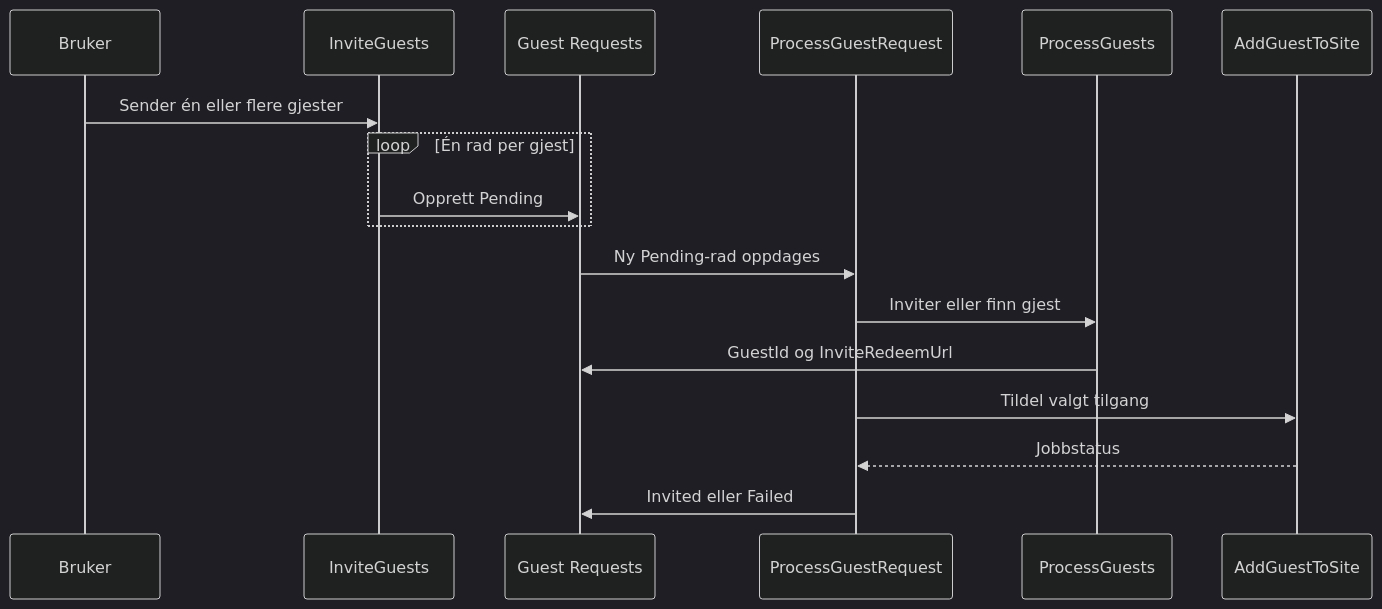
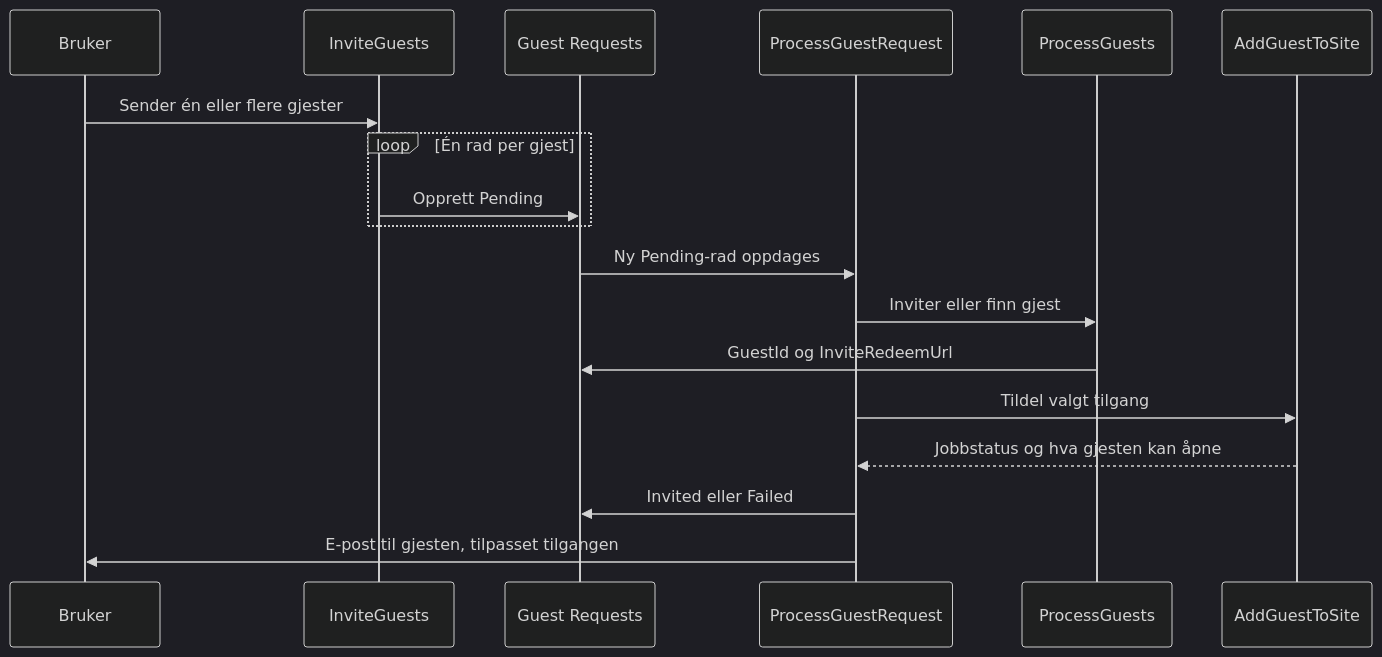
The third of 3 diagrams in App-teknisk-referanse.md (Puzzlepart/bestillingsportalen), drawn with Mermaid (dark theme) before and after one commit. The commit also changed other lines of this file and 10 other files, not shown here.

First line of the commit message:
Tilpass gjeste-e-posten til tilgangen gjesten faktisk har fått

````diff
--- a/App-teknisk-referanse.md
+++ b/App-teknisk-referanse.md
@@ -468,20 +468,21 @@
 ```mermaid
 sequenceDiagram
     participant User as Bruker
     participant App as InviteGuests
     participant List as Guest Requests
     participant Logic as ProcessGuestRequest
     participant Guests as ProcessGuests
     participant Runbook as AddGuestToSite
 
     User->>App: Sender én eller flere gjester
     loop Én rad per gjest
         App->>List: Opprett Pending
     end
     List->>Logic: Ny Pending-rad oppdages
     Logic->>Guests: Inviter eller finn gjest
     Guests->>List: GuestId og InviteRedeemUrl
     Logic->>Runbook: Tildel valgt tilgang
-    Runbook-->>Logic: Jobbstatus
+    Runbook-->>Logic: Jobbstatus og hva gjesten kan åpne
     Logic->>List: Invited eller Failed
+    Logic->>User: E-post til gjesten, tilpasset tilgangen
 ```
````
